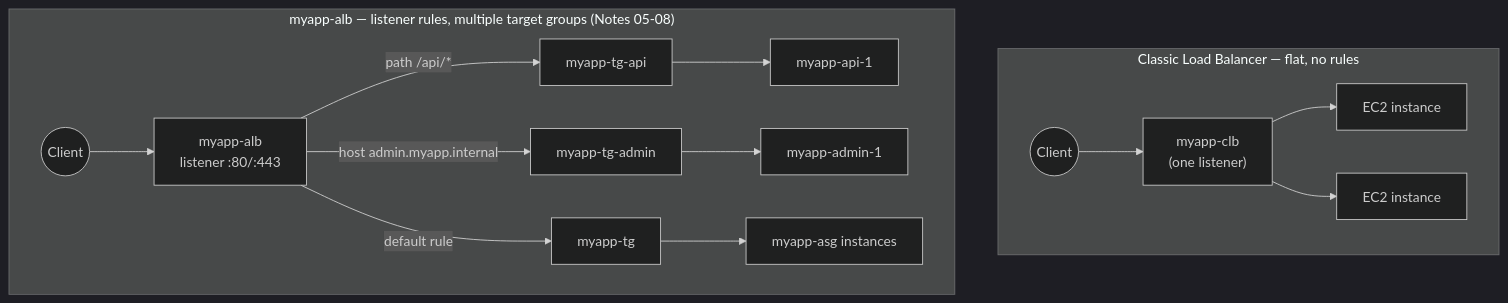
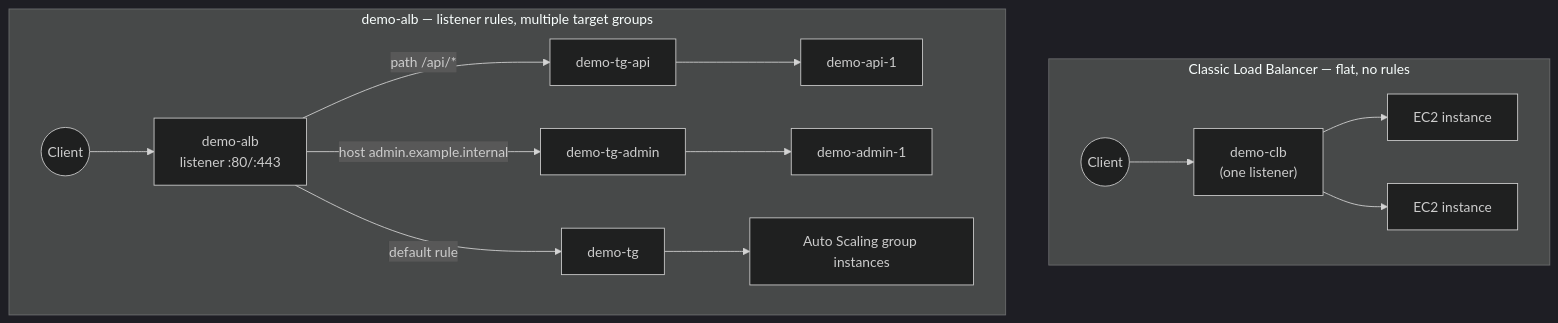
Before and after one commit to msdeepak052/AWS_Imp_Concepts: the diagram in EC2/LoadBalancer/18-Classic-Load-Balancer.md, drawn with Mermaid (dark theme). The commit also changed other lines of this file and 66 other files, not shown here.

````diff
--- a/EC2/LoadBalancer/18-Classic-Load-Balancer.md
+++ b/EC2/LoadBalancer/18-Classic-Load-Balancer.md
@@ -82,18 +82,18 @@
 ```mermaid
 flowchart TD
     subgraph CLB_MODEL["Classic Load Balancer — flat, no rules"]
-        C_CLIENT(("Client")) --> CLB["myapp-clb<br/>(one listener)"]
+        C_CLIENT(("Client")) --> CLB["demo-clb<br/>(one listener)"]
         CLB --> C_I1["EC2 instance"]
         CLB --> C_I2["EC2 instance"]
     end
 
-    subgraph ALB_MODEL["myapp-alb — listener rules, multiple target groups (Notes 05-08)"]
-        A_CLIENT(("Client")) --> ALB["myapp-alb<br/>listener :80/:443"]
-        ALB -->|"path /api/* "| TG_API["myapp-tg-api"]
-        ALB -->|"host admin.myapp.internal"| TG_ADMIN["myapp-tg-admin"]
-        ALB -->|"default rule"| TG_DEFAULT["myapp-tg"]
-        TG_API --> API1["myapp-api-1"]
-        TG_ADMIN --> ADMIN1["myapp-admin-1"]
-        TG_DEFAULT --> ASG1["myapp-asg instances"]
+    subgraph ALB_MODEL["demo-alb — listener rules, multiple target groups"]
+        A_CLIENT(("Client")) --> ALB["demo-alb<br/>listener :80/:443"]
+        ALB -->|"path /api/* "| TG_API["demo-tg-api"]
+        ALB -->|"host admin.example.internal"| TG_ADMIN["demo-tg-admin"]
+        ALB -->|"default rule"| TG_DEFAULT["demo-tg"]
+        TG_API --> API1["demo-api-1"]
+        TG_ADMIN --> ADMIN1["demo-admin-1"]
+        TG_DEFAULT --> ASG1["Auto Scaling group instances"]
     end
 ```
````
